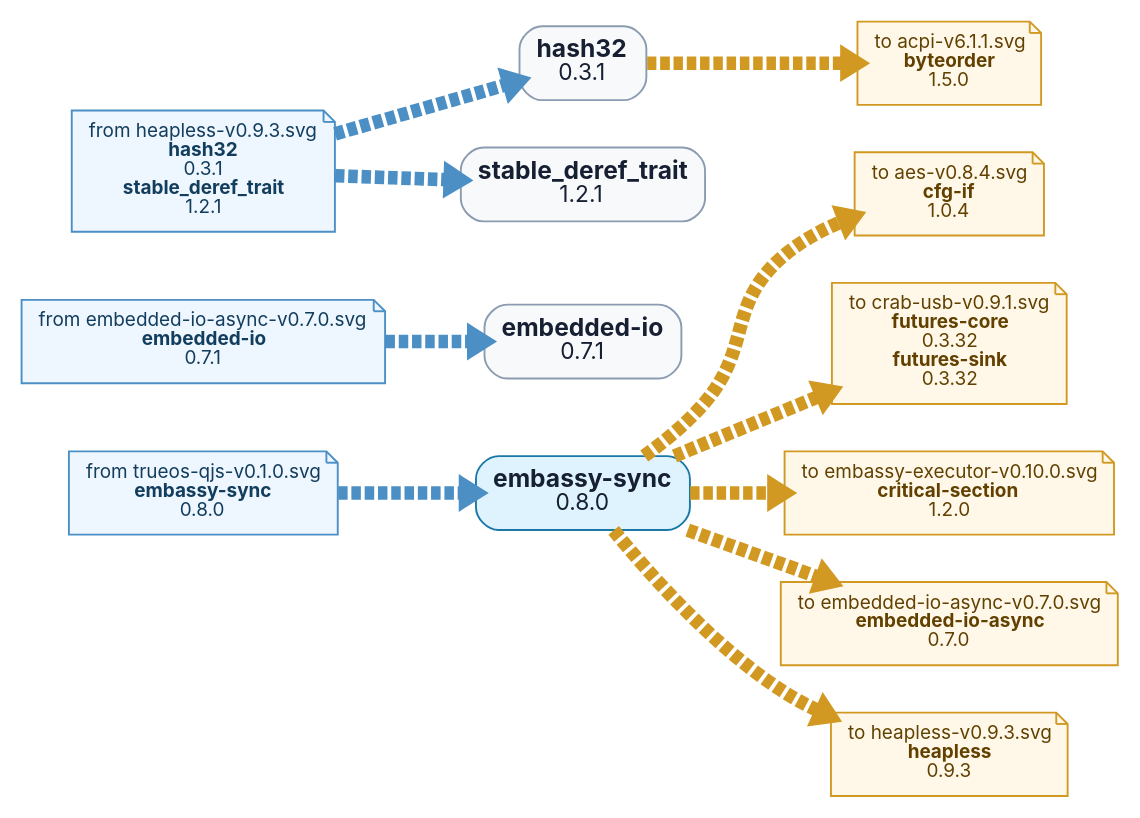
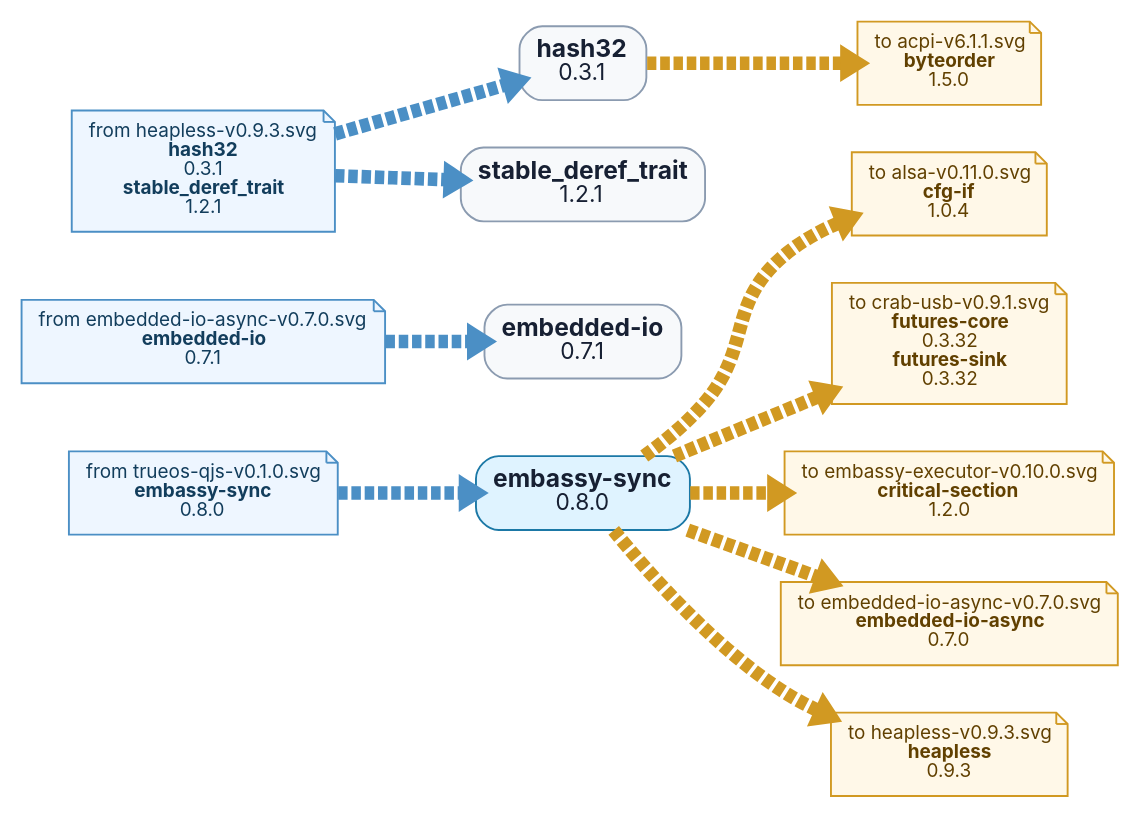
The diagram in tools/depgraph/by-root/embassy-sync-v0.8.0.dot (t4ce/TRUEOS), drawn with Graphviz before and after one commit. The commit also changed 64 other files, not shown here.

```diff
--- a/tools/depgraph/by-root/embassy-sync-v0.8.0.dot
+++ b/tools/depgraph/by-root/embassy-sync-v0.8.0.dot
@@ -1,31 +1,31 @@
 digraph "embassy-sync-v0.8.0" {
   graph [rankdir=LR, bgcolor="white", overlap=false, splines=true, nodesep=0.35, ranksep=0.55];
   node [shape=box, style="rounded,filled", fontname="Inter,Arial", fontsize=10, margin="0.13,0.10", color="#8b9bb0", fillcolor="#f7f9fb", fontcolor="#172033"];
   edge [color="#9aa8b8", arrowsize=0.55, penwidth=7.2];
   n0 [label=<<FONT POINT-SIZE="13"><B>embassy-sync</B></FONT><BR/><FONT POINT-SIZE="12">0.8.0</FONT>>, fillcolor="#dff3ff", color="#1b78a6"];
   n1 [label=<<FONT POINT-SIZE="13"><B>embedded-io</B></FONT><BR/><FONT POINT-SIZE="12">0.7.1</FONT>>, fillcolor="#f7f9fb", color="#8b9bb0"];
   n2 [label=<<FONT POINT-SIZE="13"><B>hash32</B></FONT><BR/><FONT POINT-SIZE="12">0.3.1</FONT>>, fillcolor="#f7f9fb", color="#8b9bb0"];
   n3 [label=<<FONT POINT-SIZE="13"><B>stable_deref_trait</B></FONT><BR/><FONT POINT-SIZE="12">1.2.1</FONT>>, fillcolor="#f7f9fb", color="#8b9bb0"];
   out0 [label=<to acpi-v6.1.1.svg<BR/><B>byteorder</B><BR/>1.5.0>, shape=note, style="filled", fillcolor="#fff8e8", color="#d19922", fontcolor="#614000"];
   n2 -> out0 [style=dashed, color="#d19922"];
-  out1 [label=<to aes-v0.8.4.svg<BR/><B>cfg-if</B><BR/>1.0.4>, shape=note, style="filled", fillcolor="#fff8e8", color="#d19922", fontcolor="#614000"];
+  out1 [label=<to alsa-v0.11.0.svg<BR/><B>cfg-if</B><BR/>1.0.4>, shape=note, style="filled", fillcolor="#fff8e8", color="#d19922", fontcolor="#614000"];
   n0 -> out1 [style=dashed, color="#d19922"];
   out2 [label=<to crab-usb-v0.9.1.svg<BR/><B>futures-core</B><BR/>0.3.32<BR/><B>futures-sink</B><BR/>0.3.32>, shape=note, style="filled", fillcolor="#fff8e8", color="#d19922", fontcolor="#614000"];
   n0 -> out2 [style=dashed, color="#d19922"];
   out3 [label=<to embassy-executor-v0.10.0.svg<BR/><B>critical-section</B><BR/>1.2.0>, shape=note, style="filled", fillcolor="#fff8e8", color="#d19922", fontcolor="#614000"];
   n0 -> out3 [style=dashed, color="#d19922"];
   out4 [label=<to embedded-io-async-v0.7.0.svg<BR/><B>embedded-io-async</B><BR/>0.7.0>, shape=note, style="filled", fillcolor="#fff8e8", color="#d19922", fontcolor="#614000"];
   n0 -> out4 [style=dashed, color="#d19922"];
   out5 [label=<to heapless-v0.9.3.svg<BR/><B>heapless</B><BR/>0.9.3>, shape=note, style="filled", fillcolor="#fff8e8", color="#d19922", fontcolor="#614000"];
   n0 -> out5 [style=dashed, color="#d19922"];
   in6 [label=<from embedded-io-async-v0.7.0.svg<BR/><B>embedded-io</B><BR/>0.7.1>, shape=note, style="filled", fillcolor="#eef6ff", color="#4b8fc5", fontcolor="#123d5c"];
   in6 -> n1 [style=dashed, color="#4b8fc5"];
   in7 [label=<from heapless-v0.9.3.svg<BR/><B>hash32</B><BR/>0.3.1<BR/><B>stable_deref_trait</B><BR/>1.2.1>, shape=note, style="filled", fillcolor="#eef6ff", color="#4b8fc5", fontcolor="#123d5c"];
   in7 -> n2 [style=dashed, color="#4b8fc5"];
   in7 -> n3 [style=dashed, color="#4b8fc5"];
   in8 [label=<from trueos-qjs-v0.1.0.svg<BR/><B>embassy-sync</B><BR/>0.8.0>, shape=note, style="filled", fillcolor="#eef6ff", color="#4b8fc5", fontcolor="#123d5c"];
   in8 -> n0 [style=dashed, color="#4b8fc5"];
   // collapsed leaf ends: 0
   // centered two-input leaves: 0
   // nested two-input leaves: 0
 }
```
